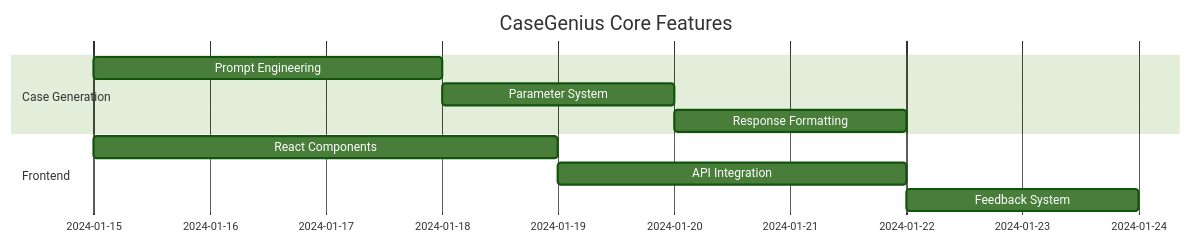
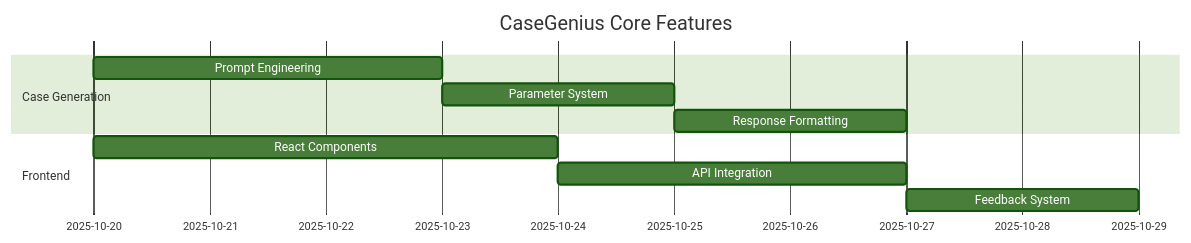
One commit to ananasDDA/fundamentals_of_software_engineering changed the second of 3 diagrams in ПРАКТИЧЕСКАЯ РАБОТА №1.md. Above: the diagram before and after it, drawn with Mermaid (forest theme). The commit also changed other lines of this file, not shown here.

````diff
--- a/ПРАКТИЧЕСКАЯ РАБОТА №1.md
+++ b/ПРАКТИЧЕСКАЯ РАБОТА №1.md
@@ -102,13 +102,13 @@
 ```mermaid
 gantt
     title CaseGenius Core Features
     dateFormat  YYYY-MM-DD
     section Case Generation
-    Prompt Engineering     :case-gen, 2024-01-15, 3d
+    Prompt Engineering     :case-gen, 2025-10-20, 3d
     Parameter System       :params, after case-gen, 2d
     Response Formatting    :format, after params, 2d
     section Frontend
-    React Components       :react, 2024-01-15, 4d
+    React Components       :react, 2025-10-20, 4d
     API Integration        :integration, after react, 3d
     Feedback System        :feedback, after integration, 2d
 ```
````
